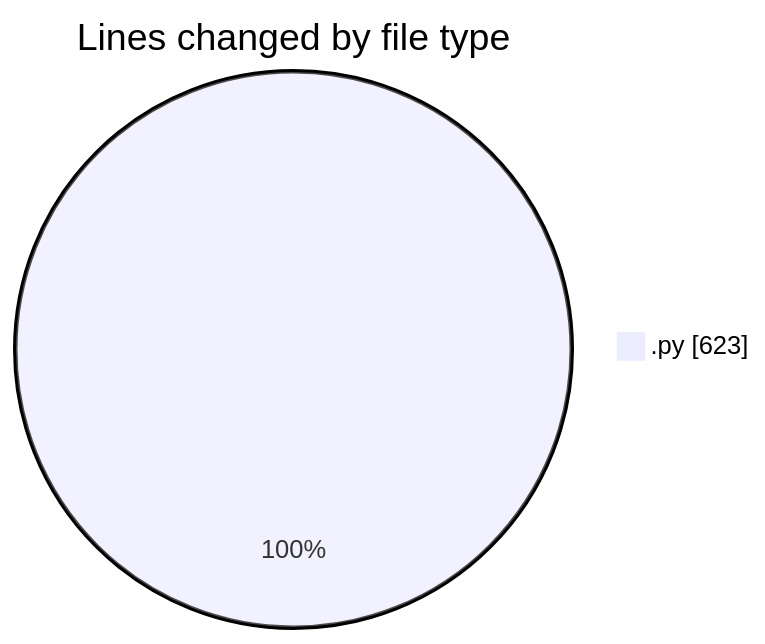
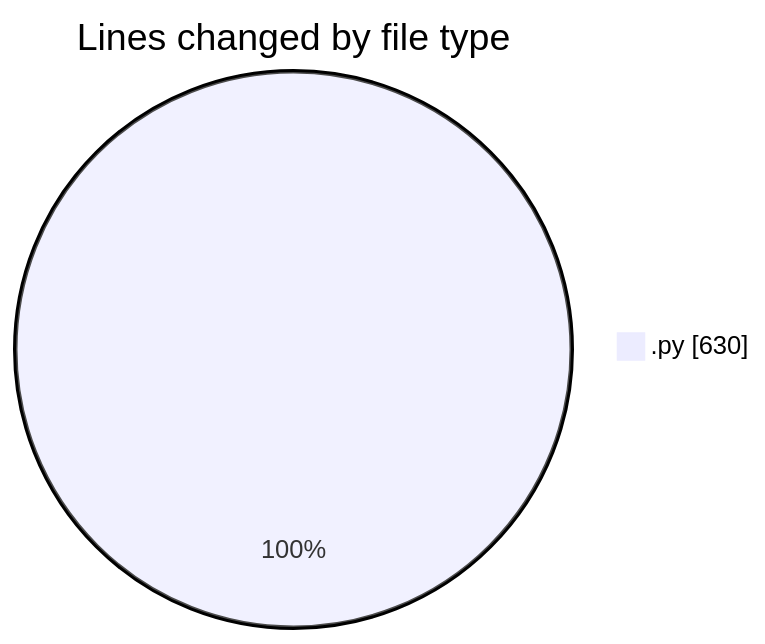
One commit to trdunsworth/code-tracking changed the first of 2 diagrams in 2025-04-23/synth_911data_gen/README.md. Above: the diagram before and after it, drawn with Mermaid. The commit also changed other lines of this file and 1 other file, not shown here.

````diff
--- a/2025-04-23/synth_911data_gen/README.md
+++ b/2025-04-23/synth_911data_gen/README.md
@@ -20,5 +20,5 @@
 ```mermaid
 pie showData
 title Lines changed by file type
-".py" : 623
+".py" : 630
 ```
````
